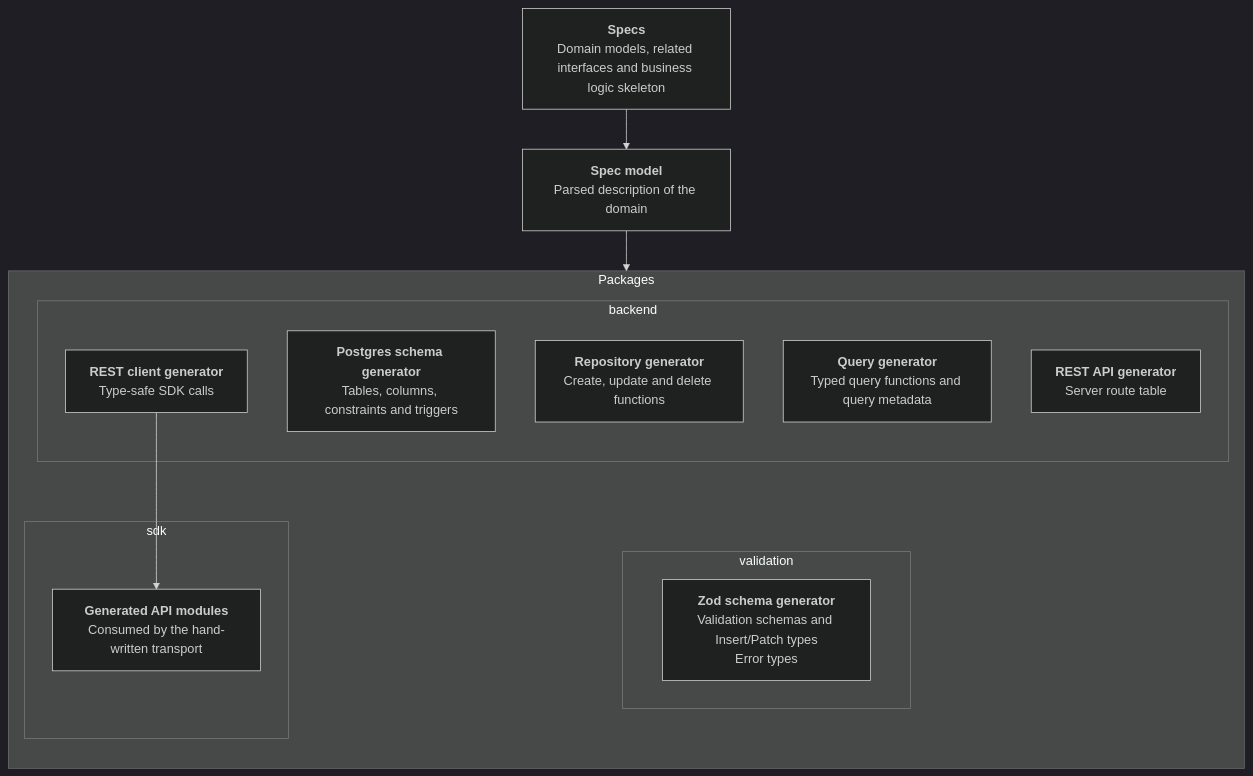
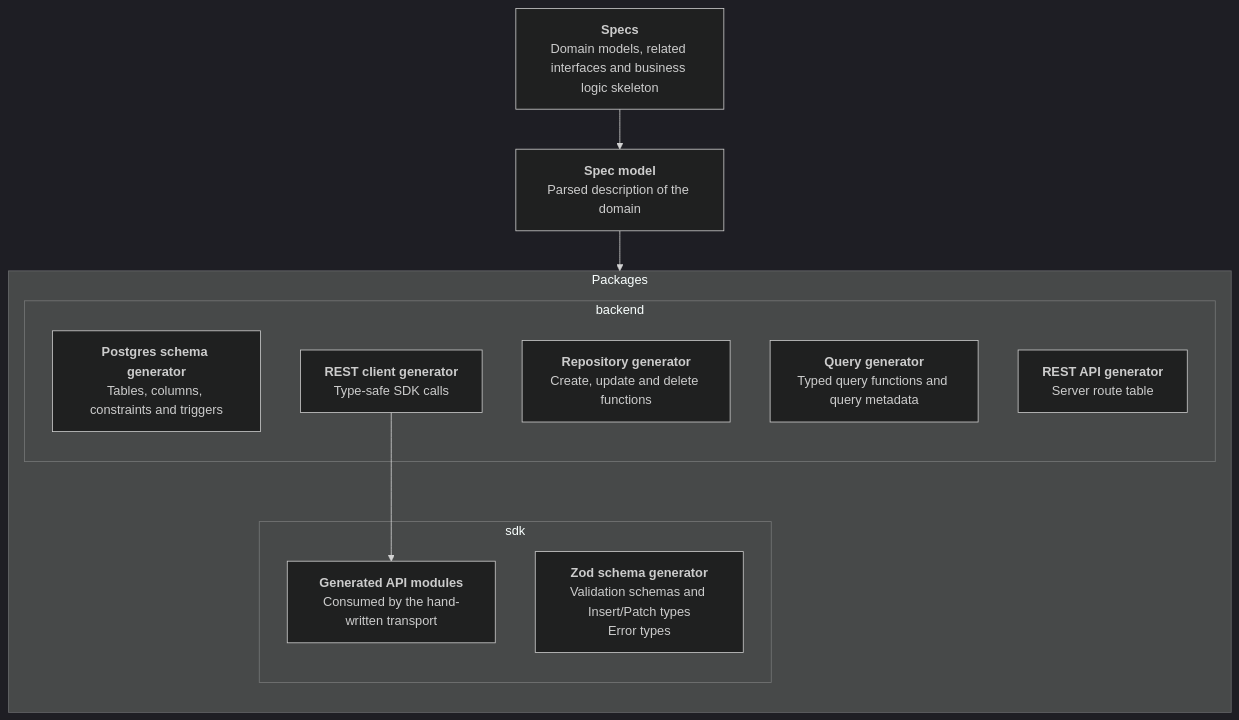
Before and after one commit to Ciantic/experiment-with-ts-spec: the first of 2 diagrams in README.md, drawn with Mermaid (dark theme). The commit also changed other lines of this file and 106 other files, not shown here.

Commit message:
Refactor, move validation inside the sdk (2)

````diff
--- a/README.md
+++ b/README.md
@@ -19,27 +19,25 @@
 ```mermaid
 flowchart TD
     specs["<b>Specs</b><br/>Domain models, related interfaces and business logic skeleton"]
     specModel["<b>Spec model</b><br/>Parsed description of the domain"]
 
     specs --> specModel
 
     subgraph packages["Packages"]
         direction TB
-        subgraph validationPkg["validation"]
+        subgraph sdkPkg["sdk"]
             zod["<b>Zod schema generator</b><br/>Validation schemas and Insert/Patch types<br/>Error types"]
+            sdkApi["<b>Generated API modules</b><br/>Consumed by the hand-written transport"]
         end
         subgraph backendPkg["backend"]
             pgSchema["<b>Postgres schema generator</b><br/>Tables, columns, constraints and triggers"]
             repositories["<b>Repository generator</b><br/>Create, update and delete functions"]
             queries["<b>Query generator</b><br/>Typed query functions and query metadata"]
             restApi["<b>REST API generator</b><br/>Server route table"]
             restClient["<b>REST client generator</b><br/>Type-safe SDK calls"]
         end
-        subgraph sdkPkg["sdk"]
-            sdkApi["<b>Generated API modules</b><br/>Consumed by the hand-written transport"]
-        end
     end
 
     specModel --> packages
     restClient --> sdkApi
 ```
````
